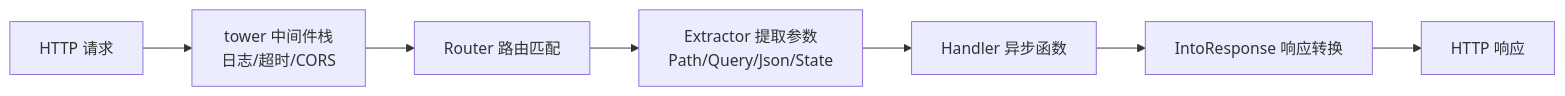
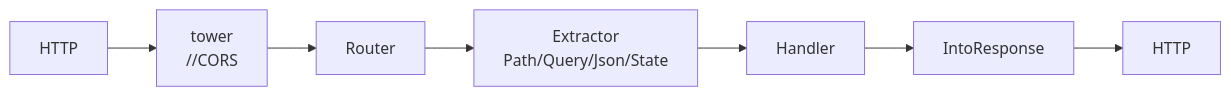
Before and after one commit to missercatos/RootStack: the diagram in rust/3实践/07-axum-Web服务开发.md, drawn with Mermaid. The commit also changed other lines of this file and 59 other files, not shown here.

````diff
--- a/rust/3实践/07-axum-Web服务开发.md
+++ b/rust/3实践/07-axum-Web服务开发.md
@@ -28,9 +28,9 @@
 ```mermaid
 flowchart LR
-    A[HTTP 请求] --> B[tower 中间件栈<br/>日志/超时/CORS]
-    B --> C[Router 路由匹配]
-    C --> D[Extractor 提取参数<br/>Path/Query/Json/State]
-    D --> E[Handler 异步函数]
-    E --> F[IntoResponse 响应转换]
-    F --> G[HTTP 响应]
+    A[HTTP ] --> B[tower <br/>//CORS]
+    B --> C[Router ]
+    C --> D[Extractor <br/>Path/Query/Json/State]
+    D --> E[Handler ]
+    E --> F[IntoResponse ]
+    F --> G[HTTP ]
 ```
````
